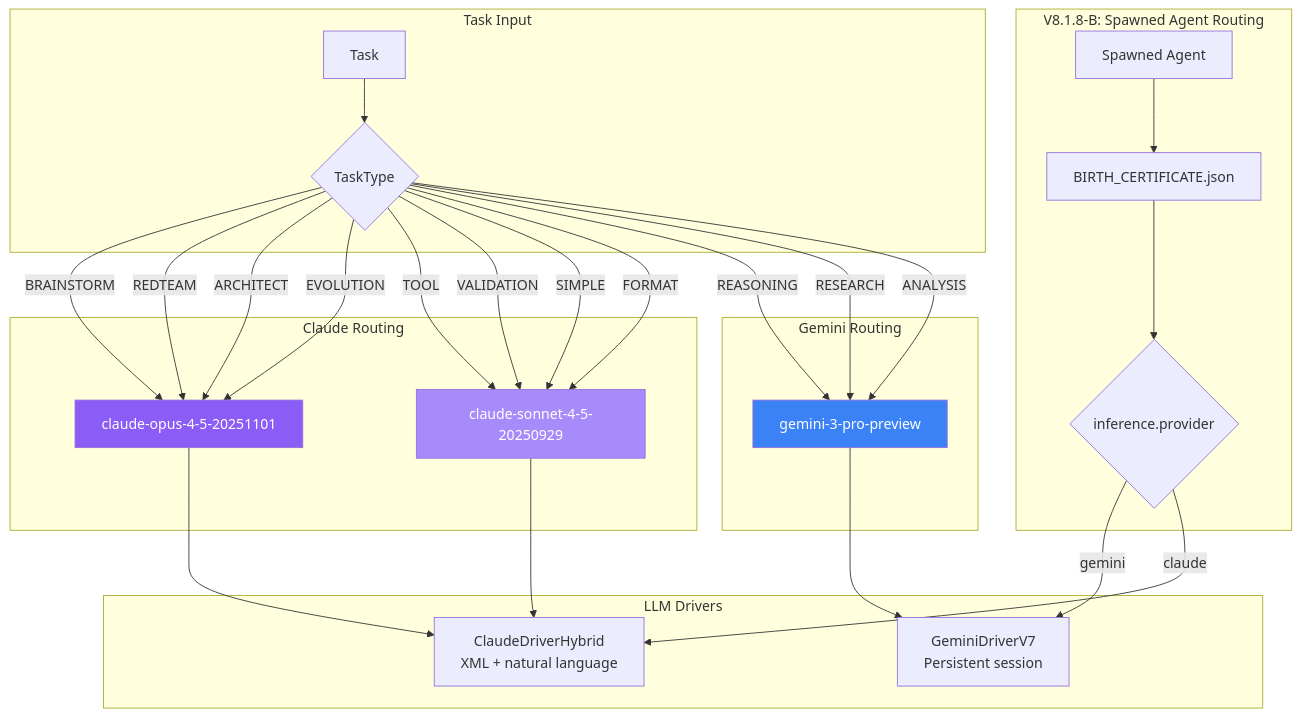
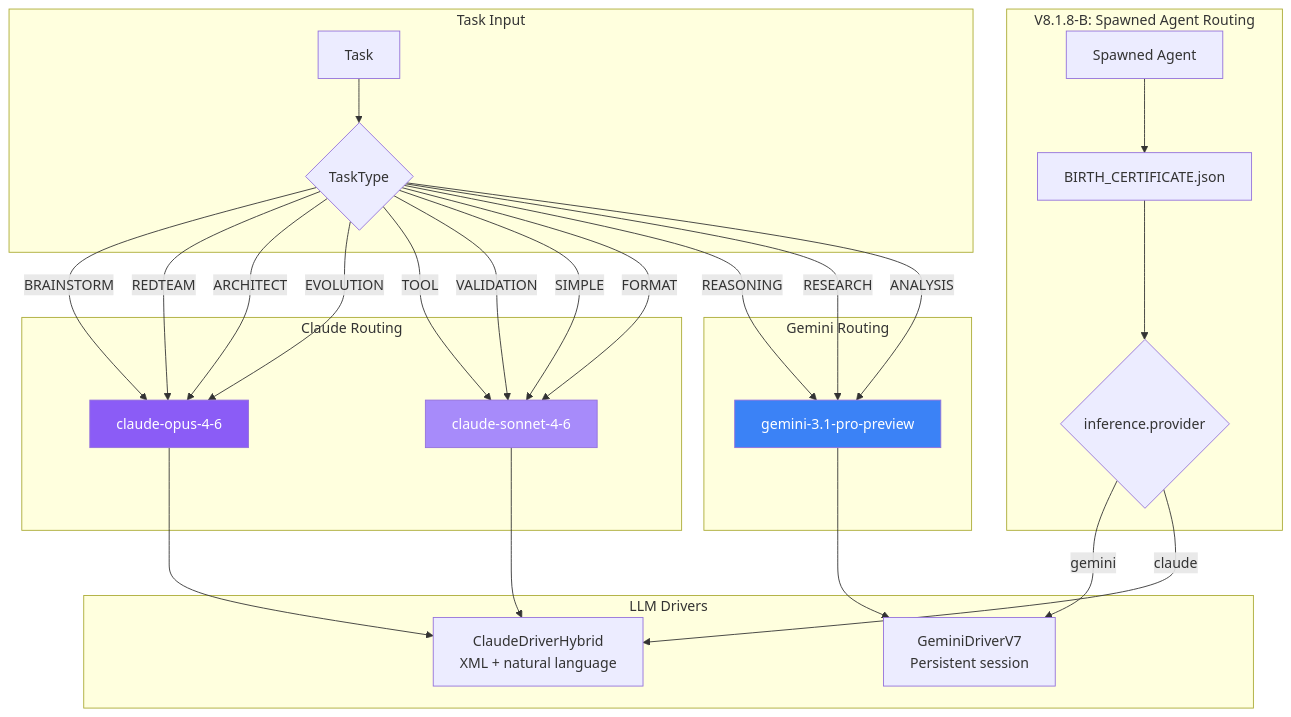
One commit to yannabadie/nexus-swarm-os changed the third of 9 diagrams in docs/ARCHITECTURE_MAP.md. Above: the diagram before and after it, drawn with Mermaid. The commit also changed other lines of this file and 6 other files, not shown here.

````diff
--- a/docs/ARCHITECTURE_MAP.md
+++ b/docs/ARCHITECTURE_MAP.md
@@ -148,40 +148,40 @@
 ```mermaid
 graph TD
     subgraph Input["Task Input"]
         TASK[Task] --> TYPE{TaskType}
     end
 
     subgraph ClaudeRouting["Claude Routing"]
-        TYPE -->|BRAINSTORM| OPUS[claude-opus-4-5-20251101]
+        TYPE -->|BRAINSTORM| OPUS[claude-opus-4-6]
         TYPE -->|REDTEAM| OPUS
         TYPE -->|ARCHITECT| OPUS
         TYPE -->|EVOLUTION| OPUS
-        TYPE -->|TOOL| SONNET[claude-sonnet-4-5-20250929]
+        TYPE -->|TOOL| SONNET[claude-sonnet-4-6]
         TYPE -->|VALIDATION| SONNET
         TYPE -->|SIMPLE| SONNET
         TYPE -->|FORMAT| SONNET
     end
 
     subgraph GeminiRouting["Gemini Routing"]
-        TYPE -->|REASONING| PRO[gemini-3-pro-preview]
+        TYPE -->|REASONING| PRO[gemini-3.1-pro-preview]
         TYPE -->|RESEARCH| PRO
         TYPE -->|ANALYSIS| PRO
     end
 
     subgraph Drivers["LLM Drivers"]
         OPUS --> CLAUDE_DRV[ClaudeDriverHybrid<br/>XML + natural language]
         SONNET --> CLAUDE_DRV
         PRO --> GEMINI_DRV[GeminiDriverV7<br/>Persistent session]
     end
 
     subgraph SpawnedAgents["V8.1.8-B: Spawned Agent Routing"]
         SPAWN[Spawned Agent] --> BIRTH[BIRTH_CERTIFICATE.json]
         BIRTH --> INF{inference.provider}
         INF -->|"gemini"| GEMINI_DRV
         INF -->|"claude"| CLAUDE_DRV
     end
 
     style OPUS fill:#8b5cf6,color:#fff
     style SONNET fill:#a78bfa,color:#fff
     style PRO fill:#3b82f6,color:#fff
 ```
````
